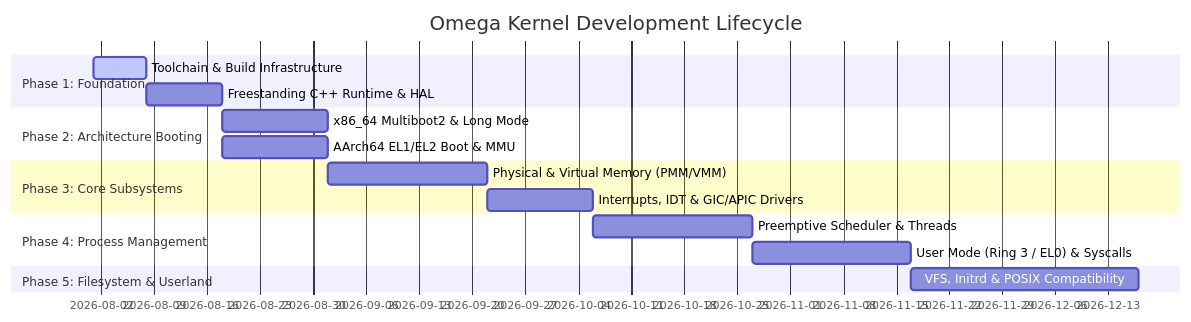
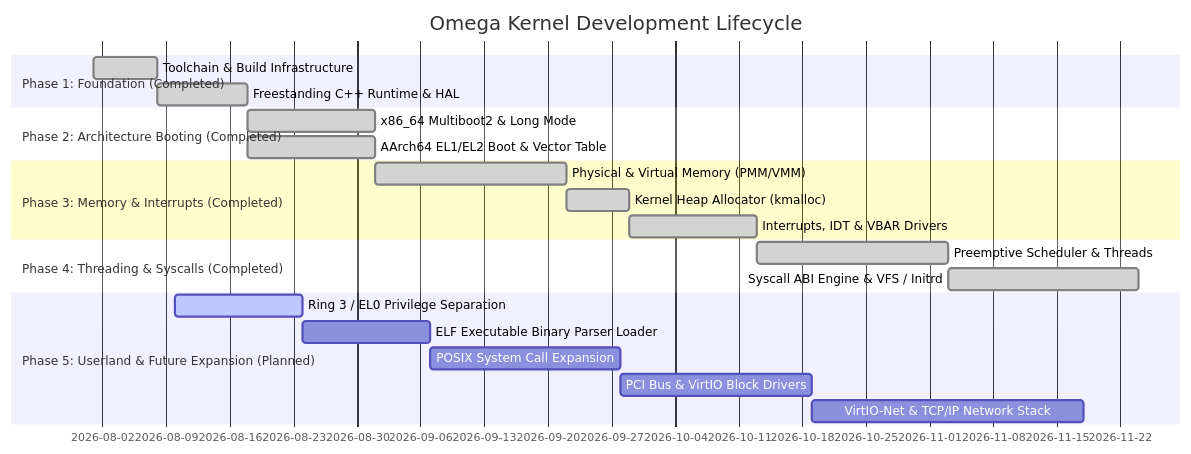
One commit to cosq-network/omega changed the diagram in docs/ROADMAP.md. Above: the diagram before and after it, drawn with Mermaid. The commit also changed other lines of this file, not shown here.

Commit message:
docs(roadmap): update implementation plan with completed subsystems and future expansion recommendations

````diff
--- a/docs/ROADMAP.md
+++ b/docs/ROADMAP.md
@@ -10,19 +10,24 @@
 ```mermaid
 gantt
     title Omega Kernel Development Lifecycle
     dateFormat  YYYY-MM-DD
-    section Phase 1: Foundation
-    Toolchain & Build Infrastructure  :active, p1a, 2026-08-01, 7d
-    Freestanding C++ Runtime & HAL      :p1b, after p1a, 10d
-    section Phase 2: Architecture Booting
-    x86_64 Multiboot2 & Long Mode     :p2a, after p1b, 14d
-    AArch64 EL1/EL2 Boot & MMU         :p2b, after p1b, 14d
-    section Phase 3: Core Subsystems
-    Physical & Virtual Memory (PMM/VMM):p3a, after p2a, 21d
-    Interrupts, IDT & GIC/APIC Drivers :p3b, after p3a, 14d
-    section Phase 4: Process Management
-    Preemptive Scheduler & Threads    :p4a, after p3b, 21d
-    User Mode (Ring 3 / EL0) & Syscalls:p4b, after p4a, 21d
-    section Phase 5: Filesystem & Userland
-    VFS, Initrd & POSIX Compatibility  :p5a, after p4b, 30d
+    section Phase 1: Foundation (Completed)
+    Toolchain & Build Infrastructure  :done, p1a, 2026-08-01, 7d
+    Freestanding C++ Runtime & HAL      :done, p1b, after p1a, 10d
+    section Phase 2: Architecture Booting (Completed)
+    x86_64 Multiboot2 & Long Mode     :done, p2a, after p1b, 14d
+    AArch64 EL1/EL2 Boot & Vector Table:done, p2b, after p1b, 14d
+    section Phase 3: Memory & Interrupts (Completed)
+    Physical & Virtual Memory (PMM/VMM):done, p3a, after p2a, 21d
+    Kernel Heap Allocator (kmalloc)    :done, p3b, after p3a, 7d
+    Interrupts, IDT & VBAR Drivers     :done, p3c, after p3b, 14d
+    section Phase 4: Threading & Syscalls (Completed)
+    Preemptive Scheduler & Threads    :done, p4a, after p3c, 21d
+    Syscall ABI Engine & VFS / Initrd :done, p4b, after p4a, 21d
+    section Phase 5: Userland & Future Expansion (Planned)
+    Ring 3 / EL0 Privilege Separation  :active, p5a, 2026-08-10, 14d
+    ELF Executable Binary Parser Loader:p5b, after p5a, 14d
+    POSIX System Call Expansion        :p5c, after p5b, 21d
+    PCI Bus & VirtIO Block Drivers    :p5d, after p5c, 21d
+    VirtIO-Net & TCP/IP Network Stack  :p5e, after p5d, 30d
 ```
````
